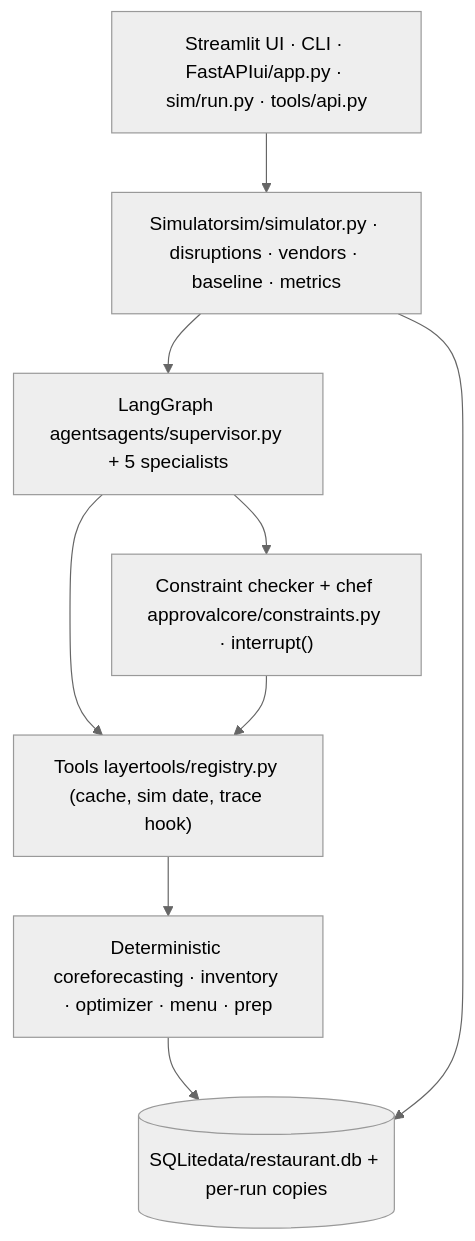
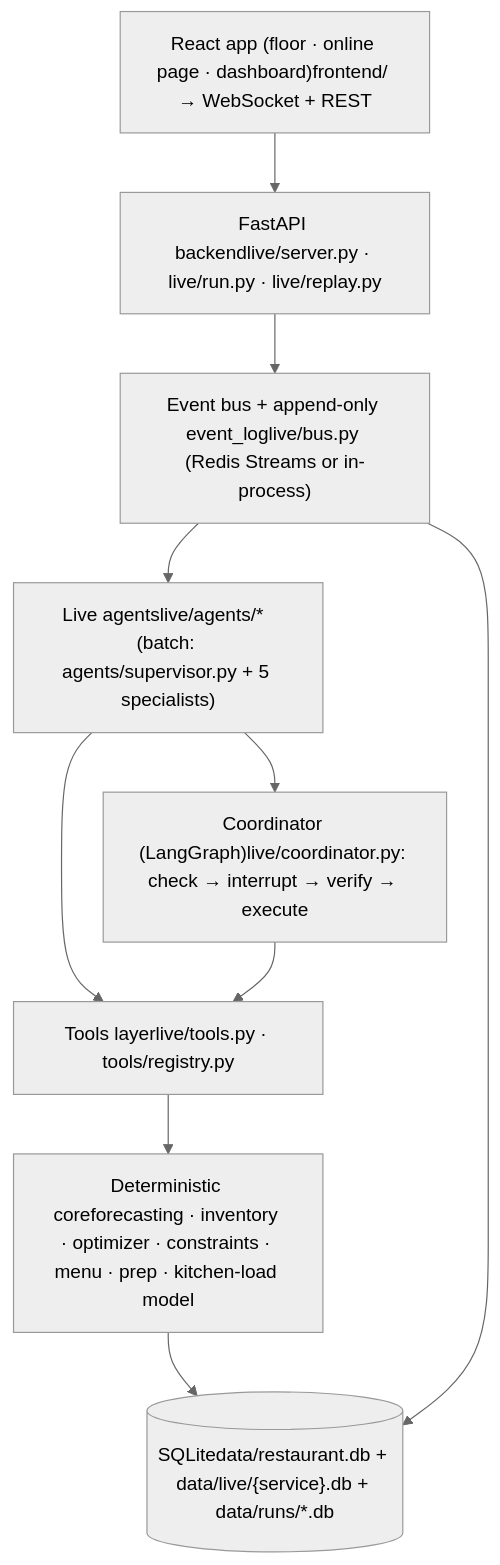
Before and after one commit to sahupra1357/ResturantAgent: the first of 5 diagrams in Restaurant Ops Codebase Guide.md, drawn with Mermaid (neutral theme). The commit also changed other lines of this file, not shown here.

First line of the commit message:
Update codebase guide for the real-time live service

````diff
--- a/Restaurant Ops Codebase Guide.md
+++ b/Restaurant Ops Codebase Guide.md
@@ -38,18 +65,20 @@
 ```mermaid
 flowchart TB
-  UI["Streamlit UI · CLI · FastAPIui/app.py · sim/run.py · tools/api.py"]
-  SIM["Simulatorsim/simulator.py · disruptions · vendors · baseline · metrics"]
-  AG["LangGraph agentsagents/supervisor.py + 5 specialists"]
-  CC["Constraint checker + chef approvalcore/constraints.py · interrupt()"]
-  TL["Tools layertools/registry.py (cache, sim date, trace hook)"]
-  CORE["Deterministic coreforecasting · inventory · optimizer · menu · prep"]
-  DB[("SQLitedata/restaurant.db + per-run copies")]
-  UI --> SIM
-  SIM --> AG
+  UI["React app (floor · online page · dashboard)frontend/ → WebSocket + REST"]
+  SRV["FastAPI backendlive/server.py · live/run.py · live/replay.py"]
+  BUS["Event bus + append-only event_loglive/bus.py (Redis Streams or in-process)"]
+  AG["Live agentslive/agents/*  (batch: agents/supervisor.py + 5 specialists)"]
+  CO["Coordinator (LangGraph)live/coordinator.py: check → interrupt → verify → execute"]
+  TL["Tools layerlive/tools.py · tools/registry.py"]
+  CORE["Deterministic coreforecasting · inventory · optimizer · constraints · menu · prep · kitchen-load model"]
+  DB[("SQLitedata/restaurant.db + data/live/{service}.db + data/runs/*.db")]
+  UI --> SRV
+  SRV --> BUS
+  BUS --> AG
   AG --> TL
-  AG --> CC
-  CC --> TL
+  AG --> CO
+  CO --> TL
   TL --> CORE
   CORE --> DB
-  SIM --> DB
+  BUS --> DB
 ```
````
